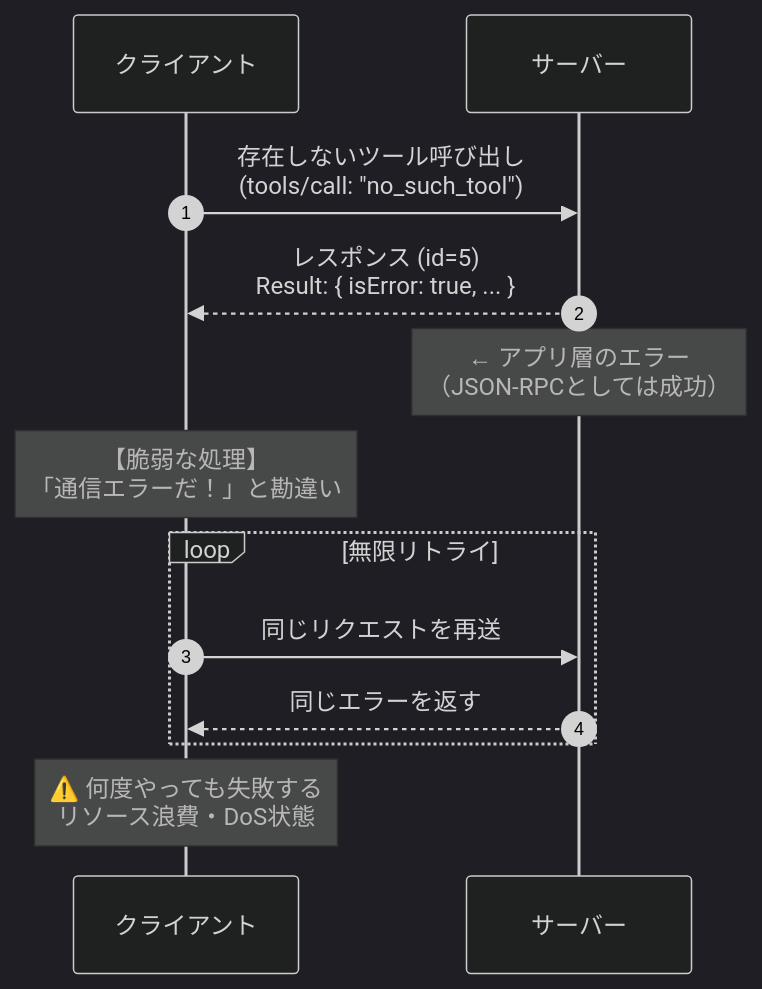
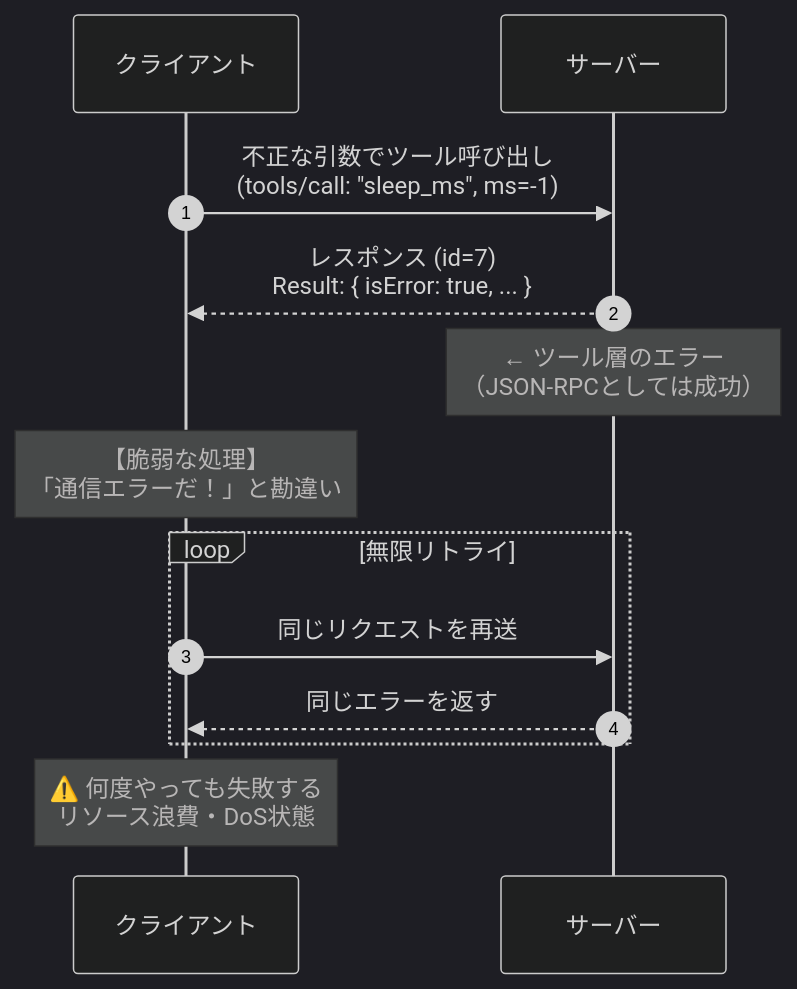
One commit to ipusiron/async-rpc-failure-simulator changed the eighth of 8 diagrams in README.md. Above: the diagram before and after it, drawn with Mermaid (dark theme). The commit also changed other lines of this file, not shown here.

````diff
--- a/README.md
+++ b/README.md
@@ -682,21 +671,21 @@
 ```mermaid
 sequenceDiagram
     autonumber
     participant Client as クライアント
     participant Server as サーバー
 
-    Client->>Server: 存在しないツール呼び出し<br/>(tools/call: "no_such_tool")
+    Client->>Server: 不正な引数でツール呼び出し<br/>(tools/call: "sleep_ms", ms=-1)
 
-    Server-->>Client: レスポンス (id=5)<br/>Result: { isError: true, ... }
+    Server-->>Client: レスポンス (id=7)<br/>Result: { isError: true, ... }
 
-    Note over Server: ← アプリ層のエラー<br/>（JSON-RPCとしては成功）
+    Note over Server: ← ツール層のエラー<br/>（JSON-RPCとしては成功）
 
     Note over Client: 【脆弱な処理】<br/>「通信エラーだ！」と勘違い
 
     loop 無限リトライ
         Client->>Server: 同じリクエストを再送
         Server-->>Client: 同じエラーを返す
     end
 
     Note over Client: ⚠️ 何度やっても失敗する<br/>リソース浪費・DoS状態
 ```
````
